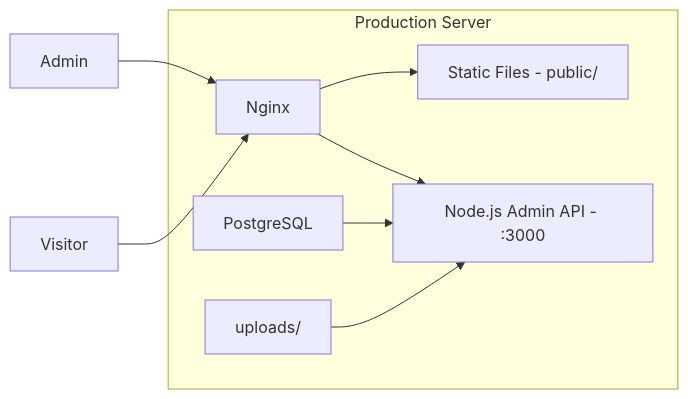
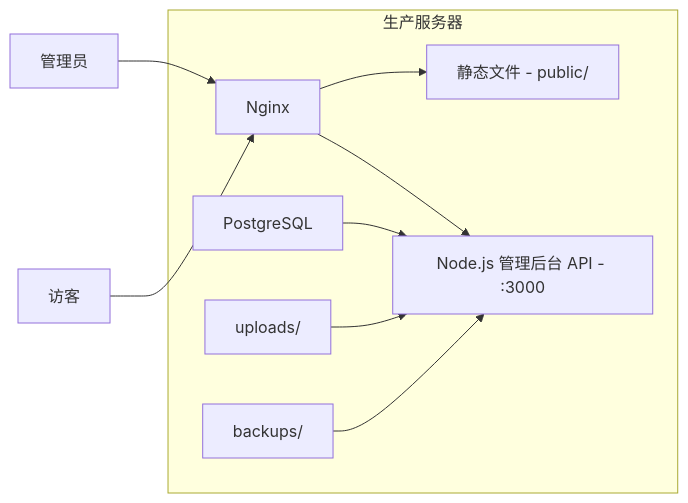
The third of 3 diagrams in .monkeycode/specs/online-manual-viewer/design.md (mp744449986/wendang), drawn with Mermaid before and after one commit. The commit also changed other lines of this file, not shown here.

````diff
--- a/.monkeycode/specs/online-manual-viewer/design.md
+++ b/.monkeycode/specs/online-manual-viewer/design.md
@@ -599,12 +766,13 @@
 ```mermaid
 flowchart LR
-    subgraph "Production Server"
-        A[Nginx] --> B[Static Files - public/]
-        A --> C[Node.js Admin API - :3000]
+    subgraph "生产服务器"
+        A[Nginx] --> B[静态文件 - public/]
+        A --> C[Node.js 管理后台 API - :3000]
         D[PostgreSQL] --> C
         E[uploads/] --> C
+        F[backups/] --> C
     end
 
-    F[Admin] --> A
-    G[Visitor] --> A
+    G[管理员] --> A
+    H[访客] --> A
 ```
````
